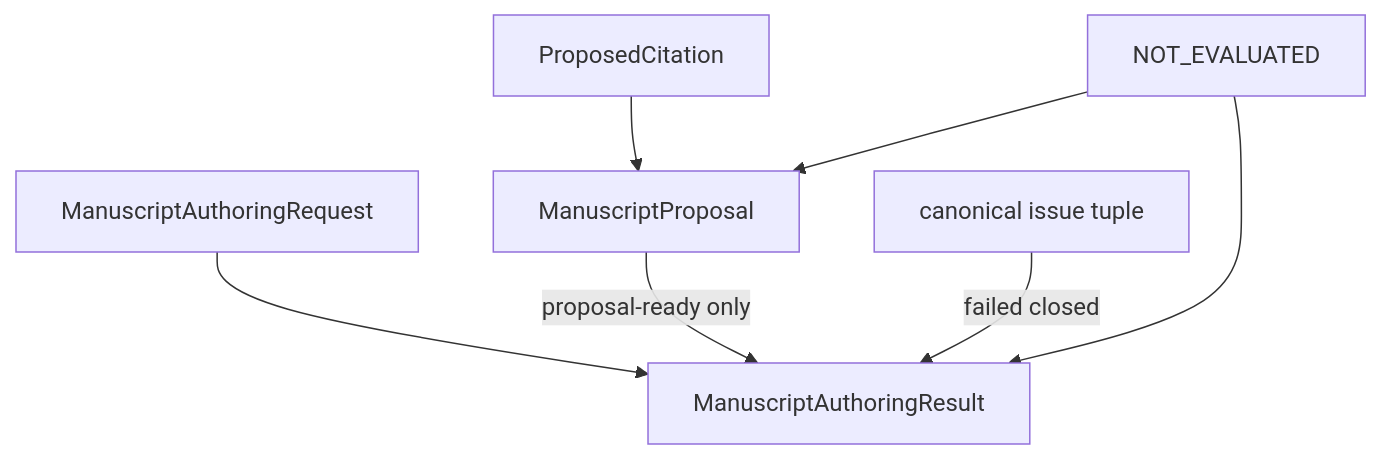
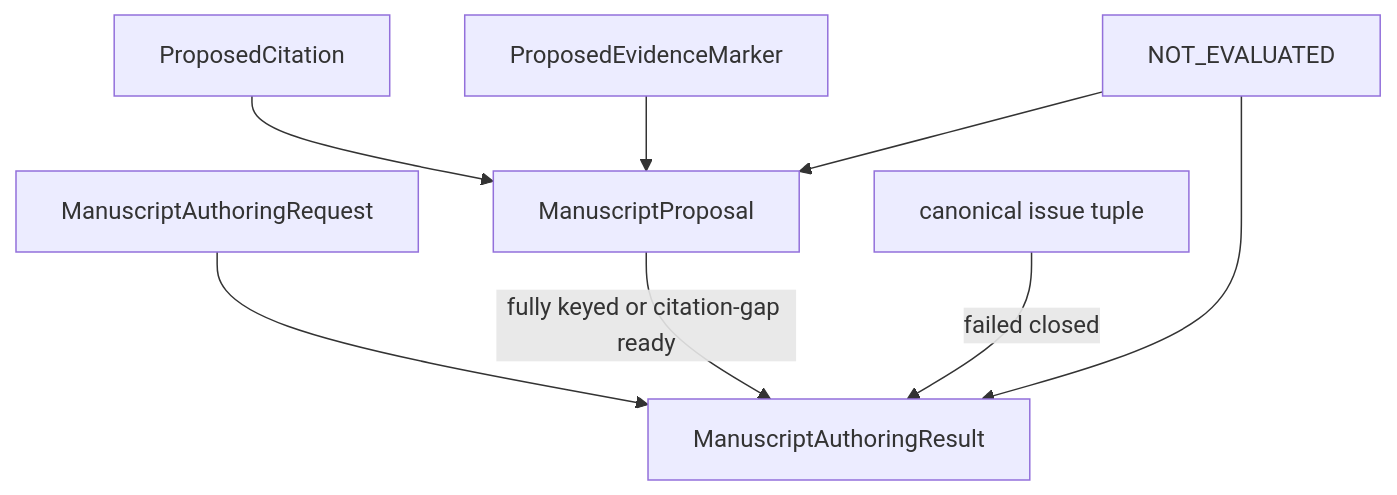
The diagram in docs/architecture/ksdft2effmass/publications/authoring/proposal/schematic.md (eragasa/ksdft2effmass), drawn with Mermaid before and after one commit. The commit also changed 71 other files, not shown here.

````diff
--- a/docs/architecture/ksdft2effmass/publications/authoring/proposal/schematic.md
+++ b/docs/architecture/ksdft2effmass/publications/authoring/proposal/schematic.md
@@ -3,9 +3,10 @@
 ```mermaid
 flowchart TD
     Citation["ProposedCitation"] --> Proposal["ManuscriptProposal"]
+    Marker["ProposedEvidenceMarker"] --> Proposal
     Request["ManuscriptAuthoringRequest"] --> Result["ManuscriptAuthoringResult"]
-    Proposal -->|proposal-ready only| Result
+    Proposal -->|fully keyed or citation-gap ready| Result
     Failure["canonical issue tuple"] -->|failed closed| Result
     Acceptance["NOT_EVALUATED"] --> Proposal
     Acceptance --> Result
 ```
````
